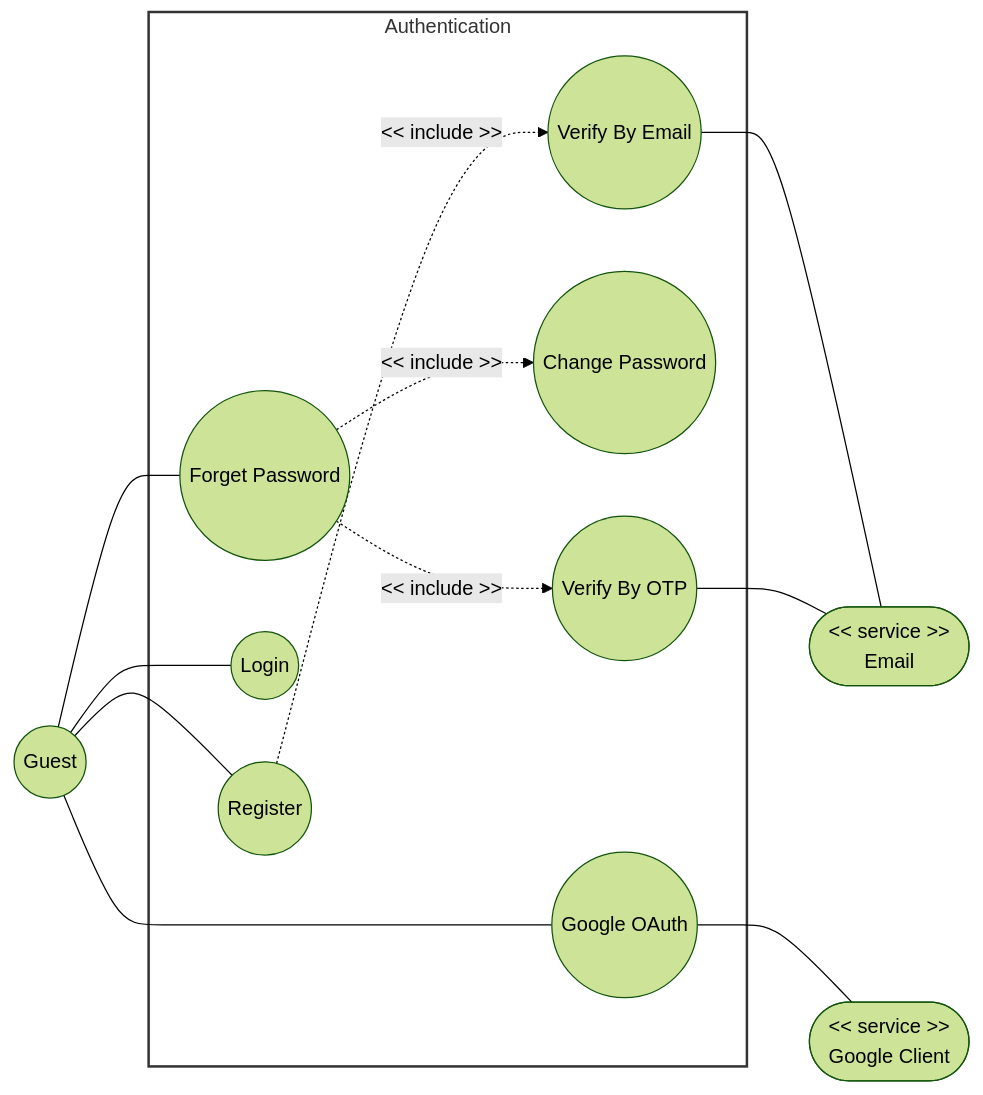
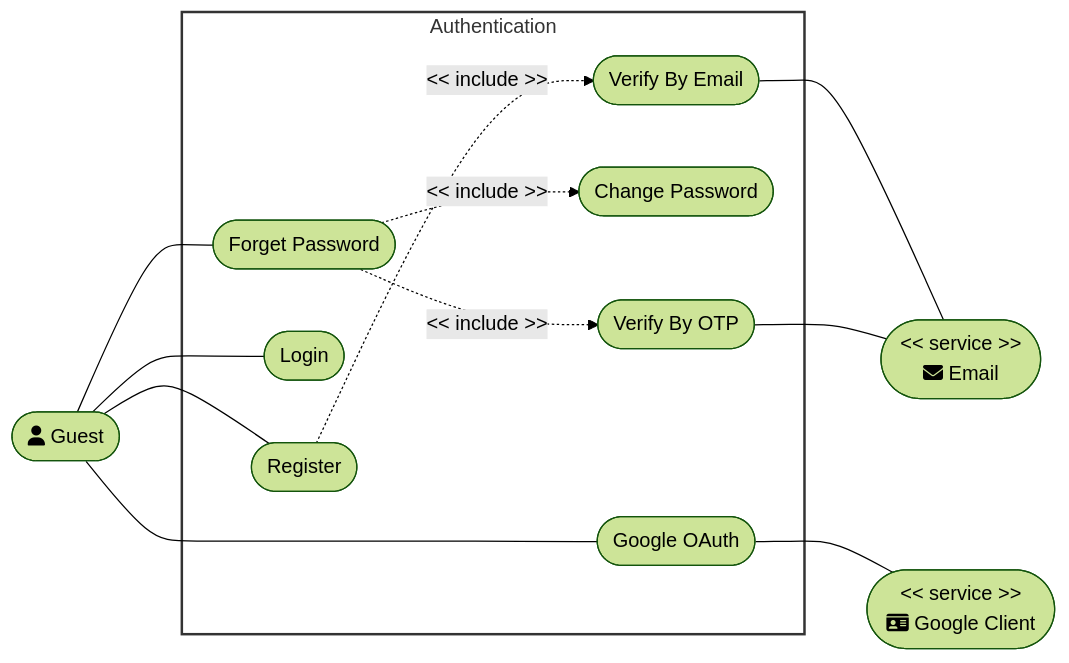
The second of 9 diagrams in docs/management/PA3/Use-CaseDiagram.md (DuyNhat1705/AmeThyst-Library), drawn with Mermaid (forest theme) before and after one commit. The commit also changed other lines of this file, not shown here.

Commit message:
update icon for UC diagram

````diff
--- a/docs/management/PA3/Use-CaseDiagram.md
+++ b/docs/management/PA3/Use-CaseDiagram.md
@@ -56,47 +59,47 @@
 ```mermaid
 flowchart LR
     %% Left Actor
-    ActorGuest((Guest))
+    ActorGuest([fa:fa-user Guest])
         %% Central System Boundary Subgraph
     subgraph Authentication [Authentication]
-        UC_Reg((Register))
-        UC_OAuth((Google OAuth))
-        UC_Login((Login))
-        UC_Forget((Forget Password))
-        UC_Change((Change Password))
-        UC_VerifyEmail((Verify By Email))
-        UC_VerifyOTP((Verify By OTP))
+        UC_Reg([Register])
+        UC_OAuth([Google OAuth])
+        UC_Login([Login])
+        UC_Forget([Forget Password])
+        UC_Change([Change Password])
+        UC_VerifyEmail([Verify By Email])
+        UC_VerifyOTP([Verify By OTP])
     end
 
     %% Right Actors
-    ActorEmail(["<center><< service >><br>Email</center>"])
-    ActorGoogle(["<center><< service >><br>Google Client</center>"])
+    ActorEmail(["<center><< service >><br>fa:fa-envelope Email</center>"])
+    ActorGoogle(["<center><< service >><br>fa:fa-id-card Google Client</center>"])
 
     %% -------------------------------------------------------------
     %% Structural Layout Anchors (Invisible lines to center-align the subgraph)
     %% -------------------------------------------------------------
     ActorGuest ~~~ Authentication ~~~ ActorEmail
     ActorGuest ~~~ Authentication ~~~~ ActorGoogle
 
     %% -------------------------------------------------------------
     %% Actual Connections (Matching your image exactly)
     %% -------------------------------------------------------------
     %% Left Actor Associations
     ActorGuest --- UC_Reg
     ActorGuest --- UC_OAuth
     ActorGuest --- UC_Login
     ActorGuest --- UC_Forget
 
     %% Subgraph Internal Include Relationships
     UC_Reg -. "<< include >>" .-> UC_VerifyEmail
     UC_Forget -. "<< include >>" .-> UC_VerifyOTP
     UC_Forget -. "<< include >>" .-> UC_Change
 
     %% Right Actor Associations
     UC_VerifyEmail --- ActorEmail
     UC_OAuth --- ActorGoogle
     UC_VerifyOTP --- ActorEmail
 
     %% Styling
     style Authentication fill:#fff,stroke:#333,stroke-width:2px
 ```
````
